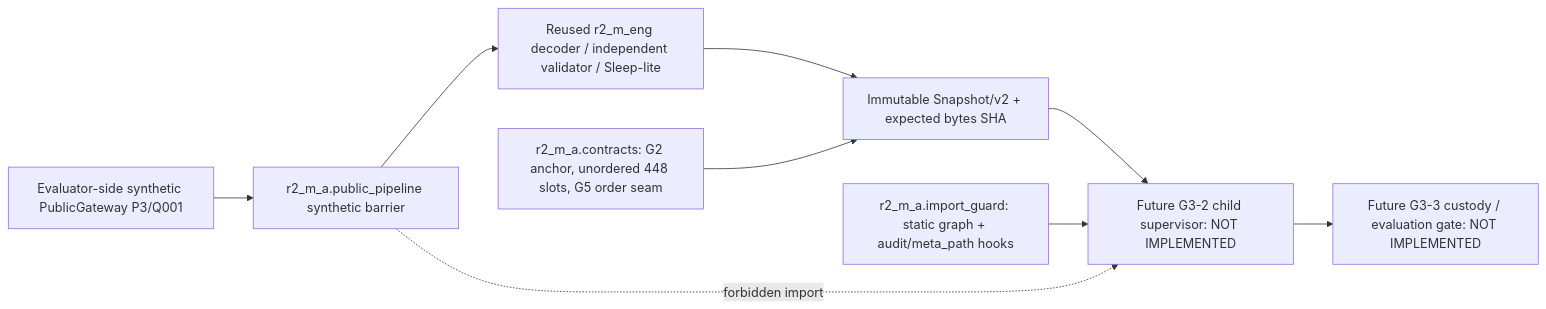
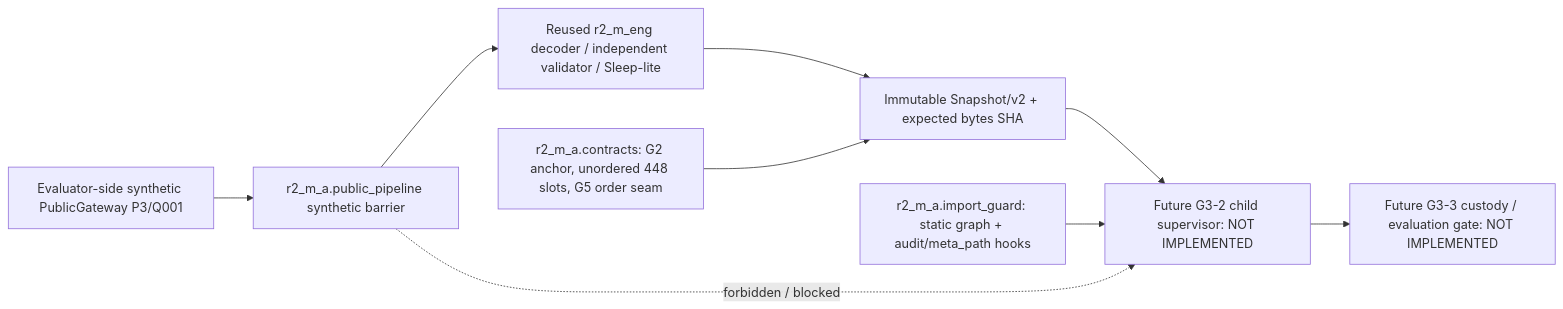
Diagram 55 of 55 in docs/architecture/system.md (ryonakayama234/DekaSugi), drawn with Mermaid before and after one commit.

Commit message:
docs(r2-m-a): correct G3-1 architecture Mermaid edge syntax

```diff
--- a/docs/architecture/system.md
+++ b/docs/architecture/system.md
@@ -1024,11 +1024,11 @@
 ~~~mermaid
 flowchart LR
     G["Evaluator-side synthetic PublicGateway P3/Q001"] --> P["r2_m_a.public_pipeline synthetic barrier"]
     P --> D["Reused r2_m_eng decoder / independent validator / Sleep-lite"]
     D --> S["Immutable Snapshot/v2 + expected bytes SHA"]
     C["r2_m_a.contracts: G2 anchor, unordered 448 slots, G5 order seam"] --> S
     S --> H["Future G3-2 child supervisor: NOT IMPLEMENTED"]
     I["r2_m_a.import_guard: static graph + audit/meta_path hooks"] --> H
-    P -. "forbidden import" .-> H
+    P -.->|forbidden / blocked| H
     H --> E["Future G3-3 custody / evaluation gate: NOT IMPLEMENTED"]
 ~~~
```
